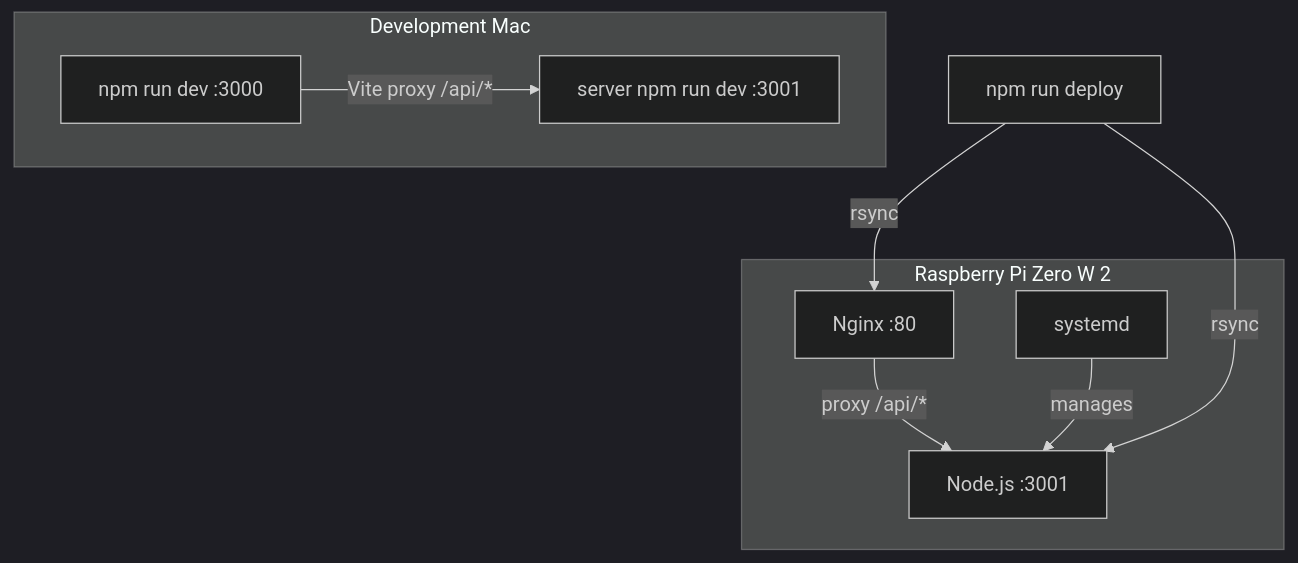
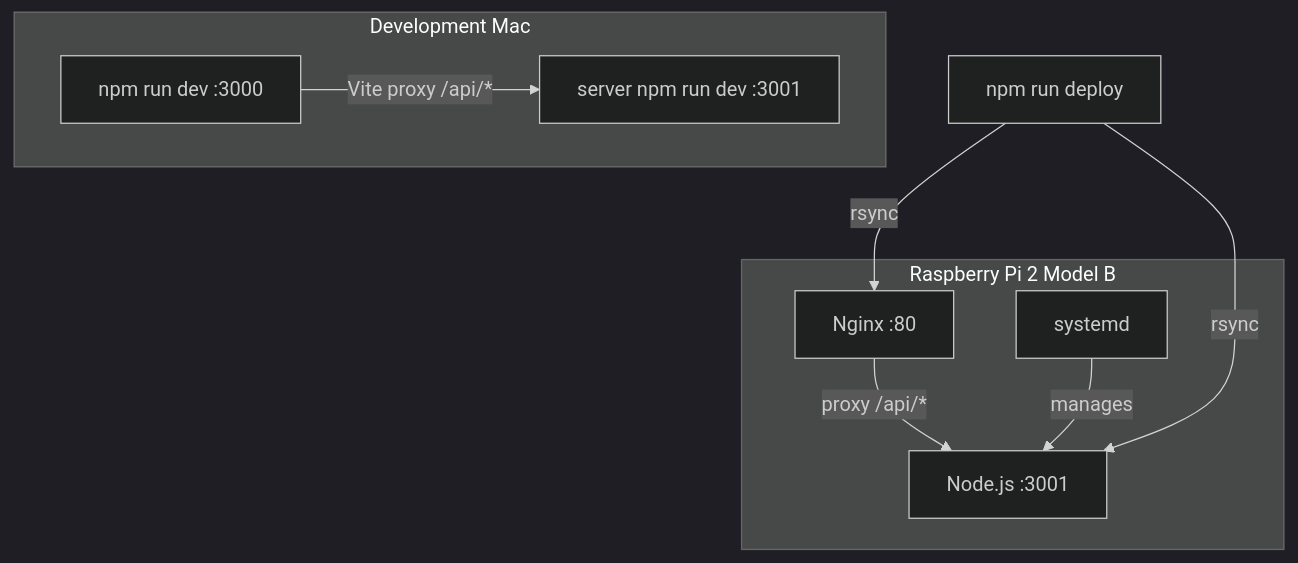
Before and after one commit to espenr/kiosk-app: the fifth of 6 diagrams in docs/architecture/photo-slideshow.md, drawn with Mermaid (dark theme). The commit also changed other lines of this file and 15 other files, not shown here.

````diff
--- a/docs/architecture/photo-slideshow.md
+++ b/docs/architecture/photo-slideshow.md
@@ -246,20 +246,20 @@
 ```mermaid
 flowchart TB
     subgraph "Development Mac"
         A[npm run dev :3000]
         B[server npm run dev :3001]
         A -->|Vite proxy /api/*| B
     end
 
-    subgraph "Raspberry Pi Zero W 2"
+    subgraph "Raspberry Pi 2 Model B"
         C[Nginx :80]
         D[Node.js :3001]
         E[systemd]
 
         C -->|proxy /api/*| D
         E -->|manages| D
     end
 
     F[npm run deploy] -->|rsync| C
     F -->|rsync| D
 ```
````
